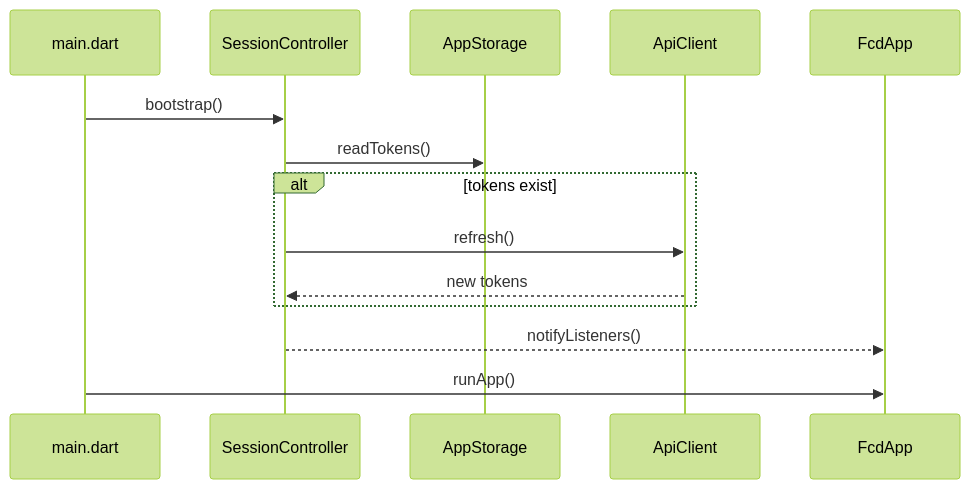
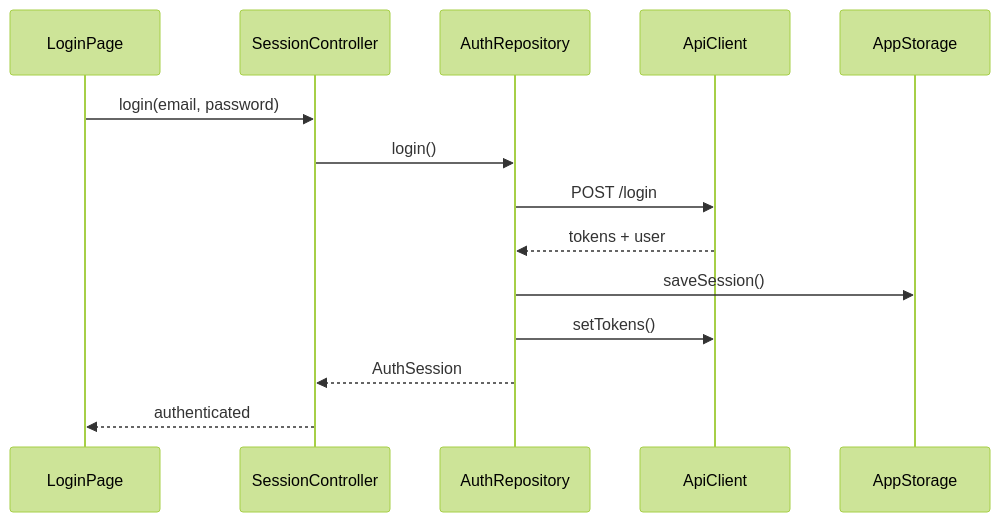
Before and after one commit to M1314/FCD: the second of 4 diagrams in docs/fcd_flutter_code_walkthrough.md, drawn with Mermaid (forest theme). The commit also changed other lines of this file and 1 other file, not shown here.

First line of the commit message:
Expand documentation to fully cover repository

````diff
--- a/docs/fcd_flutter_code_walkthrough.md
+++ b/docs/fcd_flutter_code_walkthrough.md
@@ -356,17 +431,17 @@
 ```mermaid
 sequenceDiagram
-  participant App as main.dart
+  participant UI as LoginPage
   participant Session as SessionController
+  participant Auth as AuthRepository
+  participant API as ApiClient
   participant Storage as AppStorage
-  participant API as ApiClient
-  participant UI as FcdApp
 
-  App->>Session: bootstrap()
-  Session->>Storage: readTokens()
-  alt tokens exist
-    Session->>API: refresh()
-    API-->>Session: new tokens
-  end
-  Session-->>UI: notifyListeners()
-  App->>UI: runApp()
+  UI->>Session: login(email, password)
+  Session->>Auth: login()
+  Auth->>API: POST /login
+  API-->>Auth: tokens + user
+  Auth->>Storage: saveSession()
+  Auth->>API: setTokens()
+  Auth-->>Session: AuthSession
+  Session-->>UI: authenticated
 ```
````
